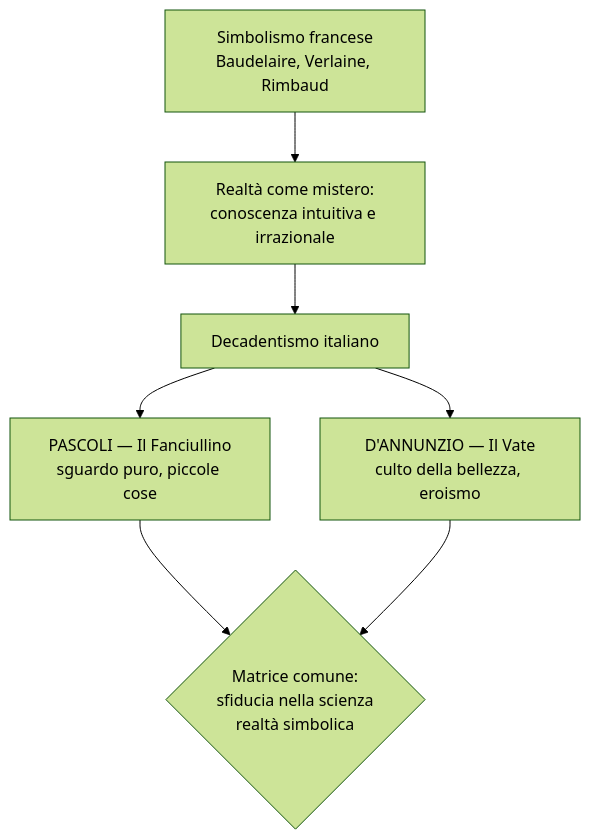
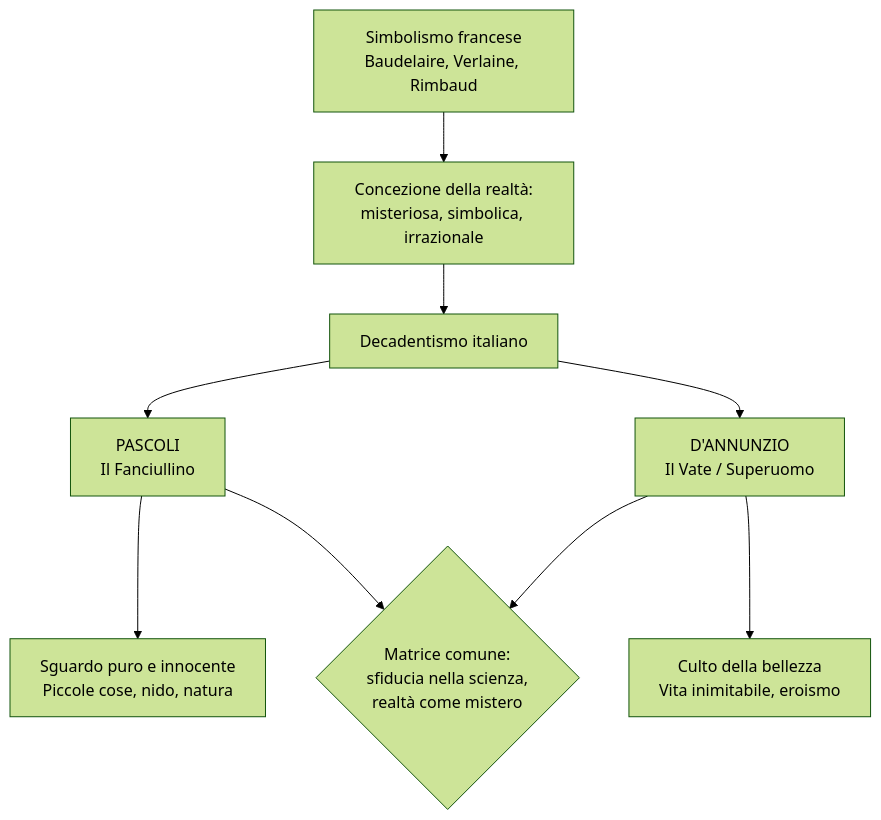
Before and after one commit to riccardo-algorime/appunti-5Bsa: the first of 5 diagrams in italiano/pascoli/riassunto.md, drawn with Mermaid (forest theme). The commit also changed other lines of this file and 7 other files, not shown here.

````diff
--- a/italiano/pascoli/riassunto.md
+++ b/italiano/pascoli/riassunto.md
@@ -30,9 +34,11 @@
 ```mermaid
 flowchart TD
-    A[Simbolismo francese<br/>Baudelaire, Verlaine, Rimbaud] --> B[Realtà come mistero:<br/>conoscenza intuitiva e irrazionale]
+    A[Simbolismo francese<br/>Baudelaire, Verlaine, Rimbaud] --> B[Concezione della realtà:<br/>misteriosa, simbolica, irrazionale]
     B --> C[Decadentismo italiano]
-    C --> D[PASCOLI — Il Fanciullino<br/>sguardo puro, piccole cose]
-    C --> E[D'ANNUNZIO — Il Vate<br/>culto della bellezza, eroismo]
-    D --> H{Matrice comune:<br/>sfiducia nella scienza<br/>realtà simbolica}
+    C --> D[PASCOLI<br/>Il Fanciullino]
+    C --> E[D'ANNUNZIO<br/>Il Vate / Superuomo]
+    D --> F[Sguardo puro e innocente<br/>Piccole cose, nido, natura]
+    E --> G[Culto della bellezza<br/>Vita inimitabile, eroismo]
+    D --> H{Matrice comune:<br/>sfiducia nella scienza,<br/>realtà come mistero}
     E --> H
 ```
````
